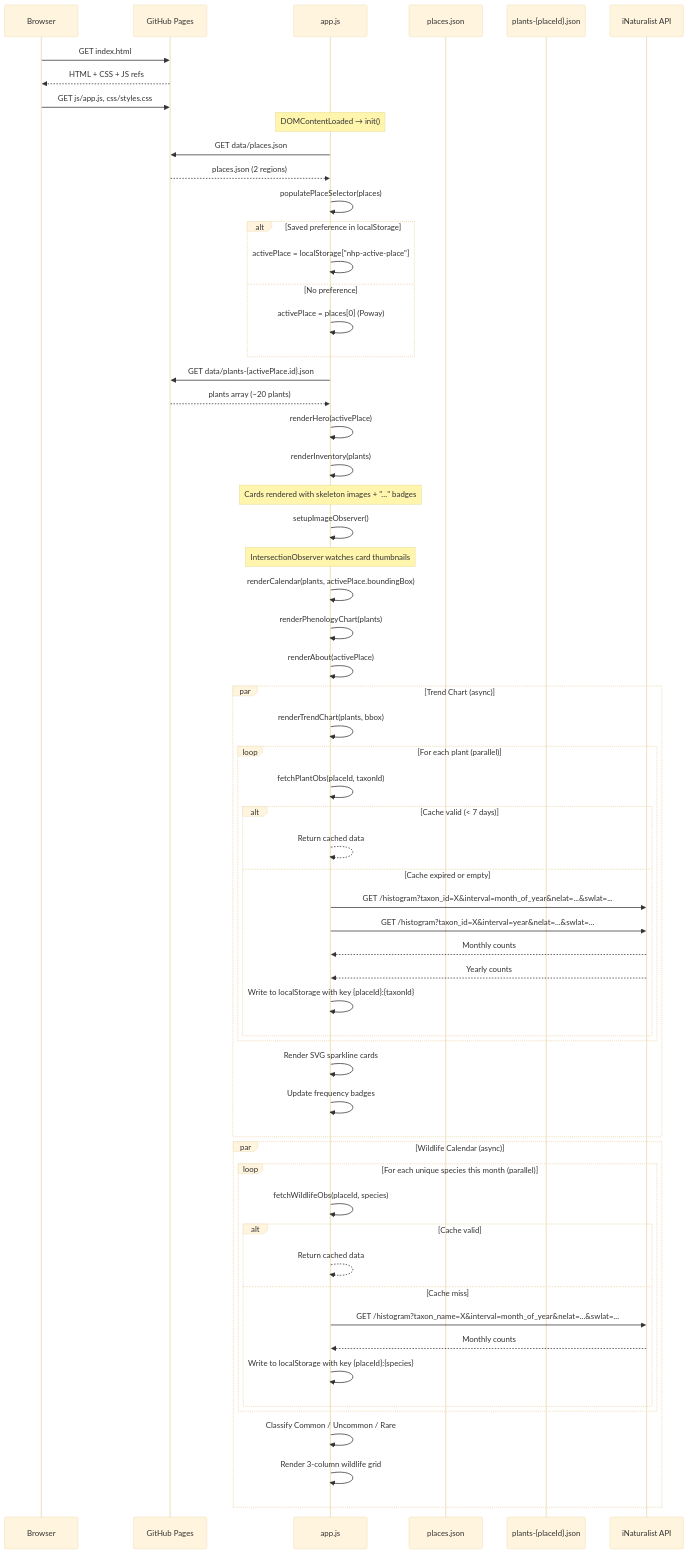
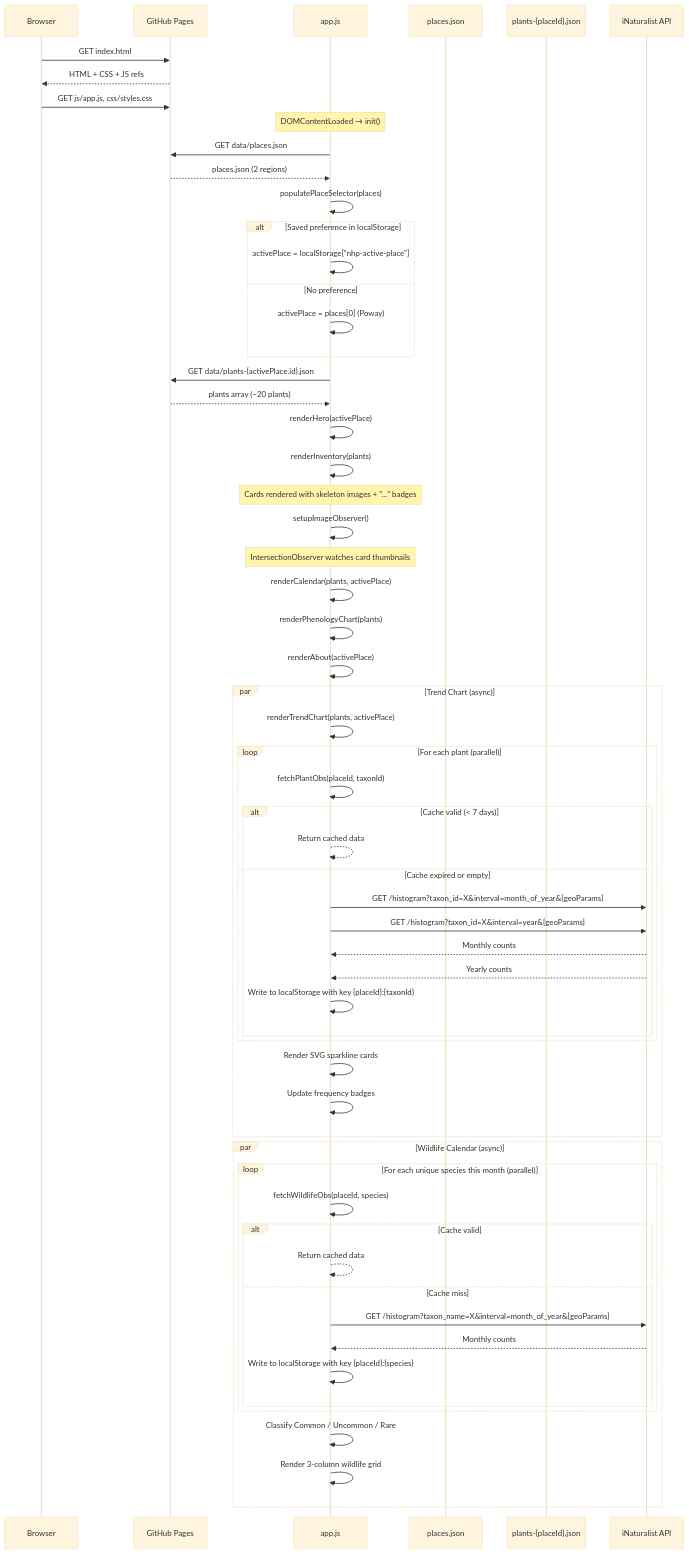
One commit to chetanddesai/native-habitat-planner changed the third of 8 diagrams in docs/tech-design.md. Above: the diagram before and after it, drawn with Mermaid (base theme). The commit also changed other lines of this file and 4 other files, not shown here.

````diff
--- a/docs/tech-design.md
+++ b/docs/tech-design.md
@@ -230,71 +231,71 @@
 ```mermaid
 sequenceDiagram
     participant B as Browser
     participant S as GitHub Pages
     participant JS as app.js
     participant PJ as places.json
     participant PLJ as plants-{placeId}.json
     participant iNat as iNaturalist API
 
     B->>S: GET index.html
     S-->>B: HTML + CSS + JS refs
     B->>S: GET js/app.js, css/styles.css
 
     Note over JS: DOMContentLoaded → init()
 
     JS->>S: GET data/places.json
     S-->>JS: places.json (2 regions)
     JS->>JS: populatePlaceSelector(places)
 
     alt Saved preference in localStorage
         JS->>JS: activePlace = localStorage["nhp-active-place"]
     else No preference
         JS->>JS: activePlace = places[0] (Poway)
     end
 
     JS->>S: GET data/plants-{activePlace.id}.json
     S-->>JS: plants array (~20 plants)
 
     JS->>JS: renderHero(activePlace)
     JS->>JS: renderInventory(plants)
     Note over JS: Cards rendered with skeleton images + "…" badges
     JS->>JS: setupImageObserver()
     Note over JS: IntersectionObserver watches card thumbnails
 
-    JS->>JS: renderCalendar(plants, activePlace.boundingBox)
+    JS->>JS: renderCalendar(plants, activePlace)
     JS->>JS: renderPhenologyChart(plants)
     JS->>JS: renderAbout(activePlace)
 
     par Trend Chart (async)
-        JS->>JS: renderTrendChart(plants, bbox)
+        JS->>JS: renderTrendChart(plants, activePlace)
         loop For each plant (parallel)
             JS->>JS: fetchPlantObs(placeId, taxonId)
             alt Cache valid (< 7 days)
                 JS-->>JS: Return cached data
             else Cache expired or empty
-                JS->>iNat: GET /histogram?taxon_id=X&interval=month_of_year&nelat=...&swlat=...
-                JS->>iNat: GET /histogram?taxon_id=X&interval=year&nelat=...&swlat=...
+                JS->>iNat: GET /histogram?taxon_id=X&interval=month_of_year&{geoParams}
+                JS->>iNat: GET /histogram?taxon_id=X&interval=year&{geoParams}
                 iNat-->>JS: Monthly counts
                 iNat-->>JS: Yearly counts
                 JS->>JS: Write to localStorage with key {placeId}:{taxonId}
             end
         end
         JS->>JS: Render SVG sparkline cards
         JS->>JS: Update frequency badges
     end
 
     par Wildlife Calendar (async)
         loop For each unique species this month (parallel)
             JS->>JS: fetchWildlifeObs(placeId, species)
             alt Cache valid
                 JS-->>JS: Return cached data
             else Cache miss
-                JS->>iNat: GET /histogram?taxon_name=X&interval=month_of_year&nelat=...&swlat=...
+                JS->>iNat: GET /histogram?taxon_name=X&interval=month_of_year&{geoParams}
                 iNat-->>JS: Monthly counts
                 JS->>JS: Write to localStorage with key {placeId}:{species}
             end
         end
         JS->>JS: Classify Common / Uncommon / Rare
         JS->>JS: Render 3-column wildlife grid
     end
 ```
````
